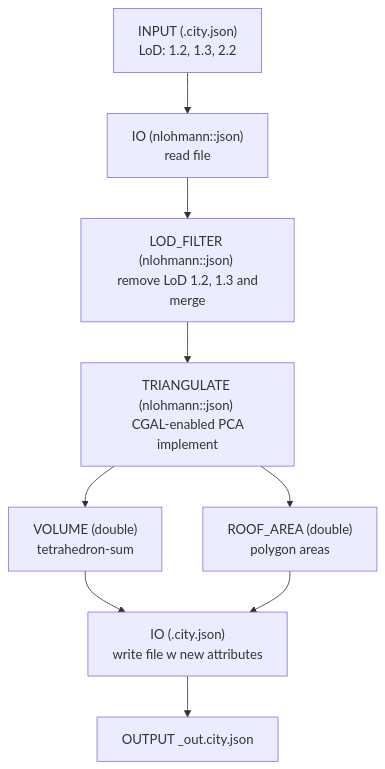
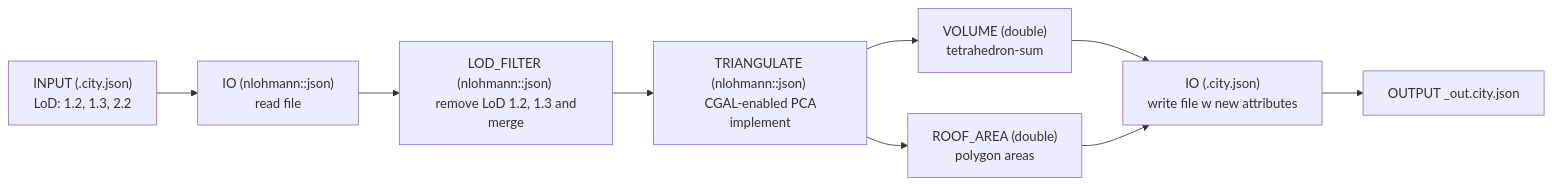
Before and after one commit to tejasziegler/GEO1004_HW2: the diagram in README.md, drawn with Mermaid.

Commit message:
flowchart direction LR

````diff
--- a/README.md
+++ b/README.md
@@ -26,18 +26,18 @@
 ```mermaid
-flowchart TD
+flowchart LR
     A["INPUT (.city.json) \n LoD: 1.2, 1.3, 2.2 "]
     B["IO  (nlohmann::json) \n read file "]
     C["LOD_FILTER (nlohmann::json) \n remove LoD 1.2, 1.3 and merge"]
     D["TRIANGULATE (nlohmann::json) \n CGAL-enabled PCA implement"]
     E["VOLUME (double) \n tetrahedron-sum"]
     F["ROOF_AREA (double) \npolygon areas"]
     G["IO (.city.json) \n write file w new attributes"]
     H["OUTPUT _out.city.json"]
 
     A --> B --> C --> D
     D --> E
     D --> F
     E --> G
     F --> G
     G --> H
 ```
````
